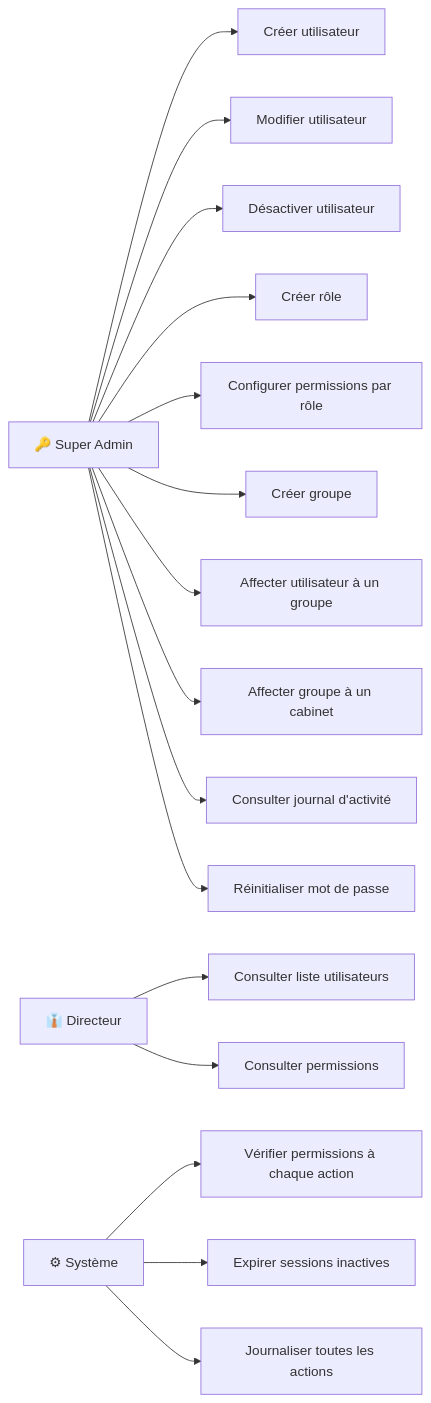
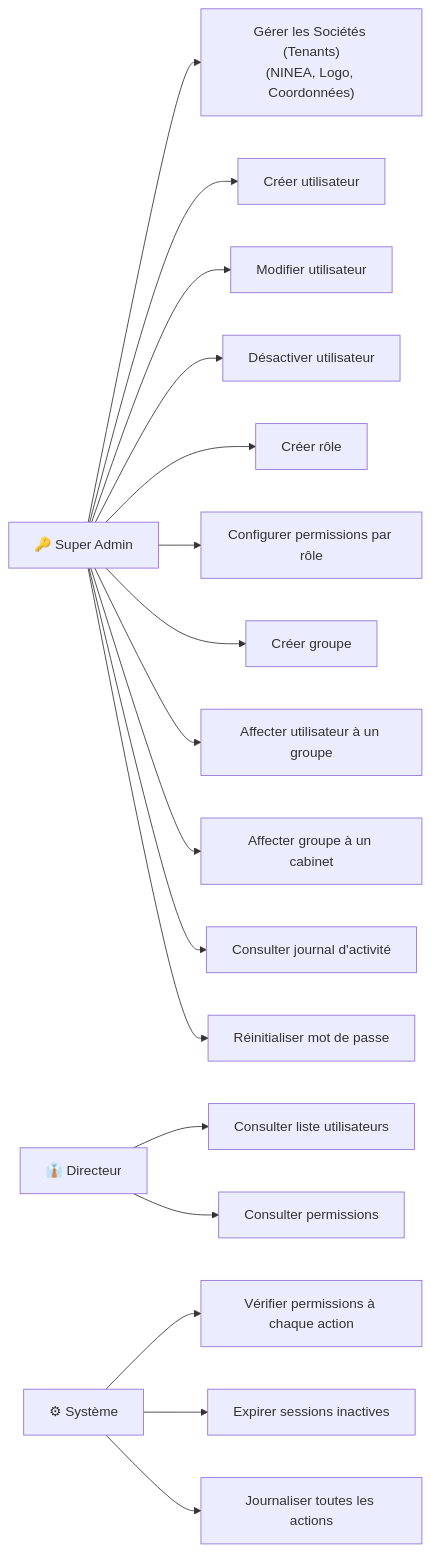
The sixth of 6 diagrams in Analyse/docs/cas_utilisation.md (DonArhouna/SysDent), drawn with Mermaid before and after one commit. The commit also changed other lines of this file and 6 other files, not shown here.

Commit message:
Add Multi-tenant Architecture documentation (Sage X3 Multi-DB logic)

````diff
--- a/Analyse/docs/cas_utilisation.md
+++ b/Analyse/docs/cas_utilisation.md
@@ -108,18 +109,19 @@
 ```mermaid
 graph LR
-    SA["🔑 Super Admin"] --> UC1["Créer utilisateur"]
+    SA["🔑 Super Admin"] --> UC_TENANT["Gérer les Sociétés (Tenants)<br/>(NINEA, Logo, Coordonnées)"]
+    SA --> UC1["Créer utilisateur"]
     SA --> UC2["Modifier utilisateur"]
     SA --> UC3["Désactiver utilisateur"]
     SA --> UC4["Créer rôle"]
     SA --> UC5["Configurer permissions par rôle"]
     SA --> UC6["Créer groupe"]
     SA --> UC7["Affecter utilisateur à un groupe"]
     SA --> UC8["Affecter groupe à un cabinet"]
     SA --> UC9["Consulter journal d'activité"]
     SA --> UC10["Réinitialiser mot de passe"]
     DM["👔 Directeur"] --> UC11["Consulter liste utilisateurs"]
     DM --> UC12["Consulter permissions"]
     SYS["⚙ Système"] --> UC13["Vérifier permissions à chaque action"]
     SYS --> UC14["Expirer sessions inactives"]
     SYS --> UC15["Journaliser toutes les actions"]
 ```
````
